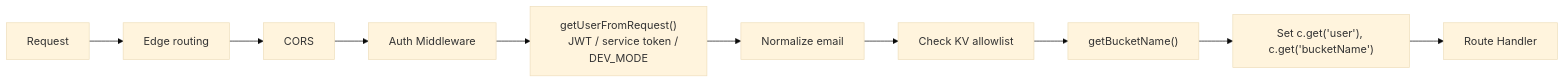
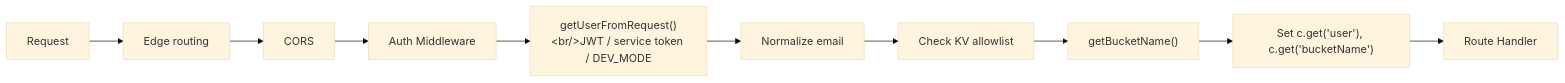
The third of 4 diagrams in TECHNICAL.md (nikolanovoselec/codeflare), drawn with Mermaid (base theme) before and after one commit. The commit also changed other lines of this file, not shown here.

````diff
--- a/TECHNICAL.md
+++ b/TECHNICAL.md
@@ -445,13 +472,12 @@
 ```mermaid
 flowchart LR
     A[Request] --> B[Edge routing]
     B --> C[CORS]
     C --> D[Auth Middleware]
-    D --> E["getUserFromRequest()
-    JWT / service token / DEV_MODE"]
+    D --> E["getUserFromRequest()&lt;br/&gt;JWT / service token / DEV_MODE"]
     E --> F[Normalize email]
     F --> G[Check KV allowlist]
     G --> H["getBucketName()"]
     H --> I["Set c.get('user'), c.get('bucketName')"]
     I --> J[Route Handler]
 ```
````
